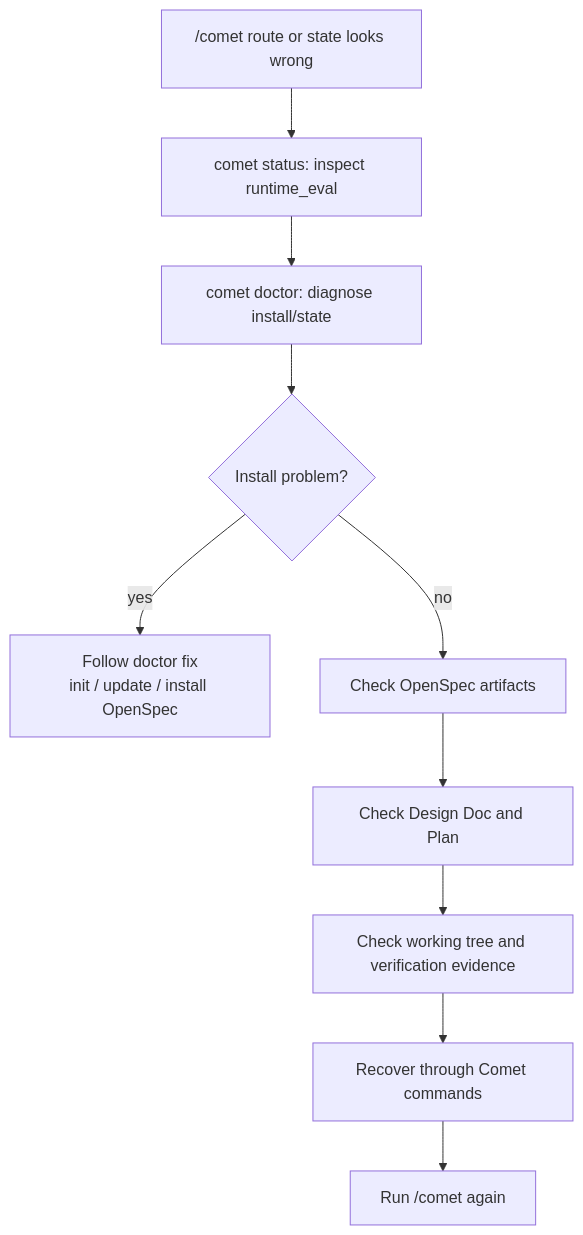
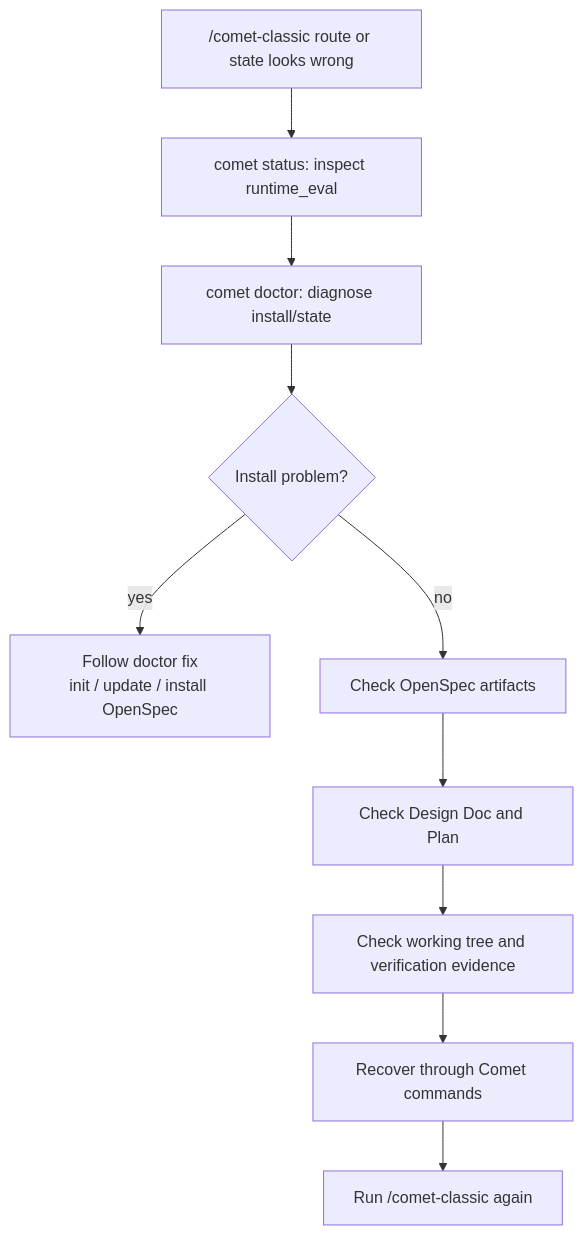
One commit to rpamis/comet-website-docs changed the diagram in en/guides/state-recovery.mdx. Above: the diagram before and after it, drawn with Mermaid. The commit also changed other lines of this file and 65 other files, not shown here.

````diff
--- a/en/guides/state-recovery.mdx
+++ b/en/guides/state-recovery.mdx
@@ -80,12 +80,12 @@
 ```mermaid
 flowchart TD
-  A["/comet route or state looks wrong"] --> B["comet status: inspect runtime_eval"]
+  A["/comet-classic route or state looks wrong"] --> B["comet status: inspect runtime_eval"]
   B --> C["comet doctor: diagnose install/state"]
   C --> D{"Install problem?"}
   D -->|yes| E["Follow doctor fix\ninit / update / install OpenSpec"]
   D -->|no| F["Check OpenSpec artifacts"]
   F --> G["Check Design Doc and Plan"]
   G --> H["Check working tree and verification evidence"]
   H --> I["Recover through Comet commands"]
-  I --> J["Run /comet again"]
+  I --> J["Run /comet-classic again"]
 ```
````
